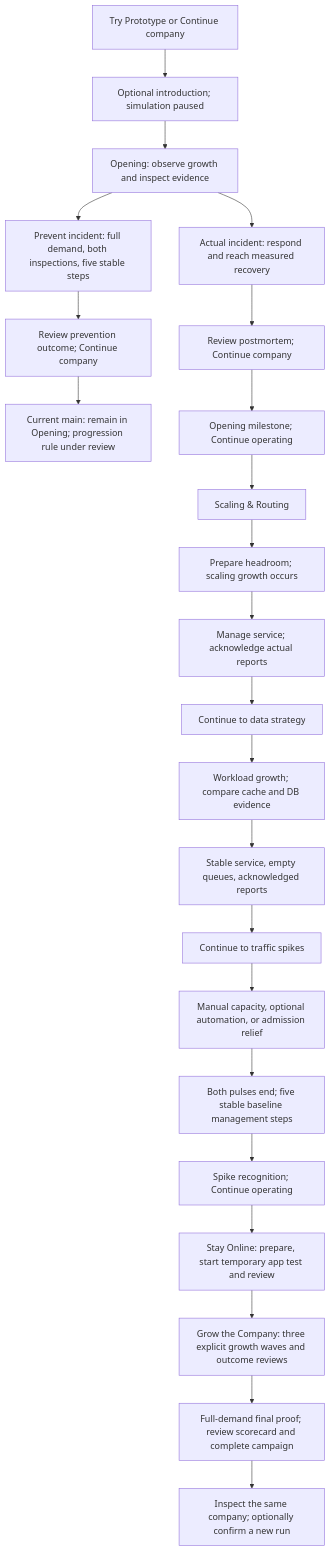
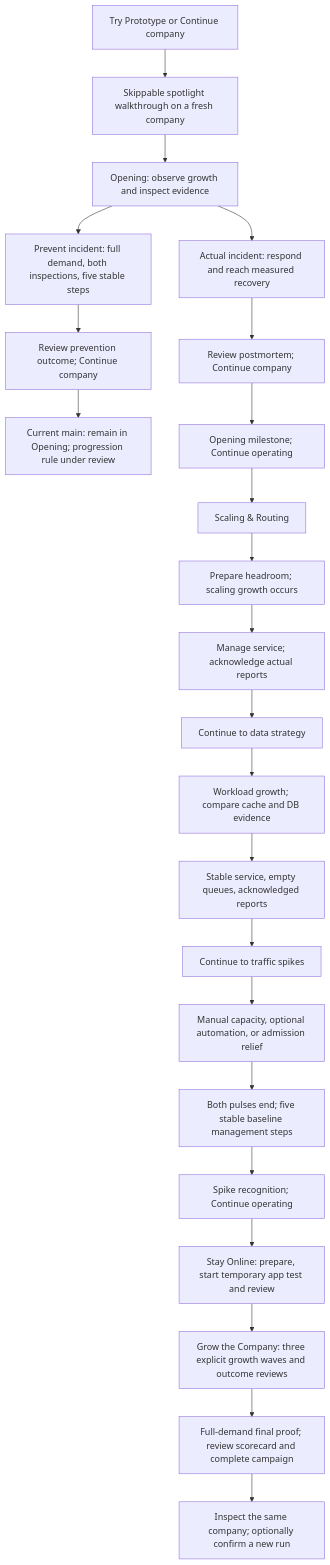
The diagram in docs/CURRENT_GAME_LOGIC_AND_FLOW.md (CS3216-Final-Project/99.9-Percent), drawn with Mermaid before and after one commit. The commit also changed other lines of this file and 44 other files, not shown here.

First line of the commit message:
feat(campaign): add a spotlight walkthrough and chapter guides

````diff
--- a/docs/CURRENT_GAME_LOGIC_AND_FLOW.md
+++ b/docs/CURRENT_GAME_LOGIC_AND_FLOW.md
@@ -36,25 +36,25 @@
 ```mermaid
 flowchart TD
-    A[Try Prototype or Continue company] --> B[Optional introduction; simulation paused]
+    A[Try Prototype or Continue company] --> B[Skippable spotlight walkthrough on a fresh company]
     B --> C[Opening: observe growth and inspect evidence]
     C --> D[Actual incident: respond and reach measured recovery]
     C --> R[Prevent incident: full demand, both inspections, five stable steps]
     R --> S[Review prevention outcome; Continue company]
     S --> X[Current main: remain in Opening; progression rule under review]
     D --> E[Review postmortem; Continue company]
     E --> F[Opening milestone; Continue operating]
     F --> G[Scaling & Routing]
     G --> H[Prepare headroom; scaling growth occurs]
     H --> I[Manage service; acknowledge actual reports]
     I --> J[Continue to data strategy]
     J --> K[Workload growth; compare cache and DB evidence]
     K --> L[Stable service, empty queues, acknowledged reports]
     L --> M[Continue to traffic spikes]
     M --> N[Manual capacity, optional automation, or admission relief]
     N --> O[Both pulses end; five stable baseline management steps]
     O --> P[Spike recognition; Continue operating]
     P --> Q[Stay Online: prepare, start temporary app test and review]
     Q --> U[Grow the Company: three explicit growth waves and outcome reviews]
     U --> V[Full-demand final proof; review scorecard and complete campaign]
     V --> W[Inspect the same company; optionally confirm a new run]
 ```
````
